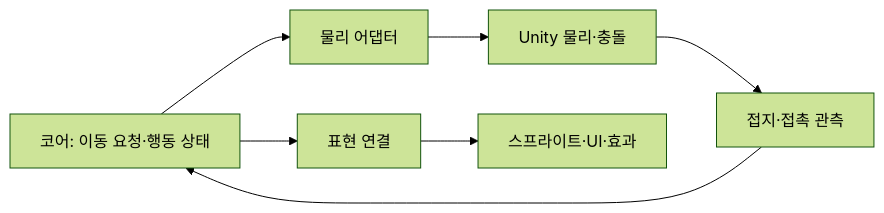
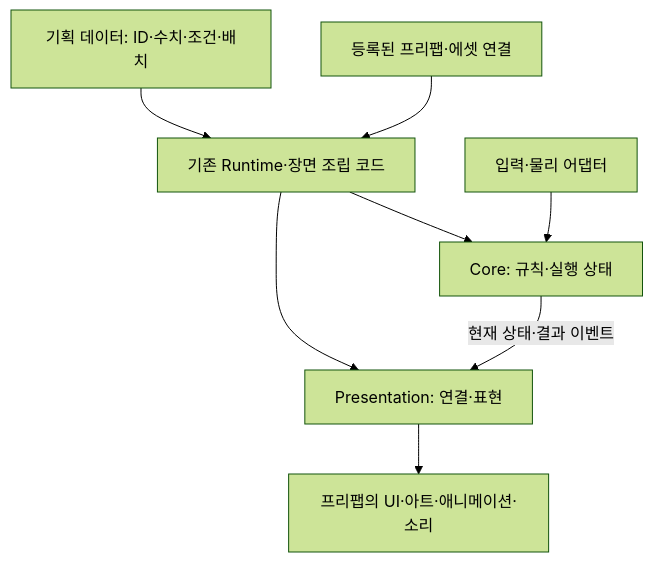
Before and after one commit to lkhwcf-arch/Human_Ghost-: the first of 4 diagrams in Docs/데이터 기반 모듈과 화면 표현 설계안.md, drawn with Mermaid (forest theme). The commit also changed other lines of this file and 46 other files, not shown here.

First line of the commit message:
데이터·앵커 기반 체력 표시 모듈과 연결 구조 추가,체력 표시 설정 시트와 프리팹 참조 검사 추가

````diff
--- a/Docs/데이터 기반 모듈과 화면 표현 설계안.md
+++ b/Docs/데이터 기반 모듈과 화면 표현 설계안.md
@@ -80,9 +27,10 @@
 ```mermaid
-flowchart LR
-    C[코어: 이동 요청·행동 상태] --> P[물리 어댑터]
-    P --> U[Unity 물리·충돌]
-    U --> O[접지·접촉 관측]
-    O --> C
-    C --> V[표현 연결]
-    V --> R[스프라이트·UI·효과]
+flowchart TD
+    D[기획 데이터: ID·수치·조건·배치] --> R[기존 Runtime·장면 조립 코드]
+    P[등록된 프리팹·에셋 연결] --> R
+    R --> C[Core: 규칙·실행 상태]
+    R --> V[Presentation: 연결·표현]
+    I[입력·물리 어댑터] --> C
+    C -->|현재 상태·결과 이벤트| V
+    V --> U[프리팹의 UI·아트·애니메이션·소리]
 ```
````
